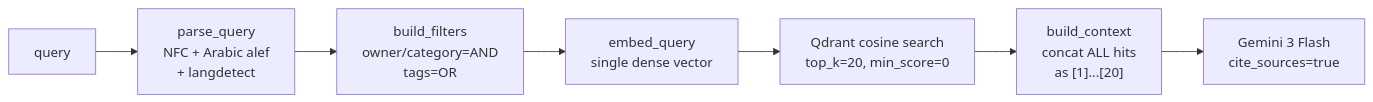
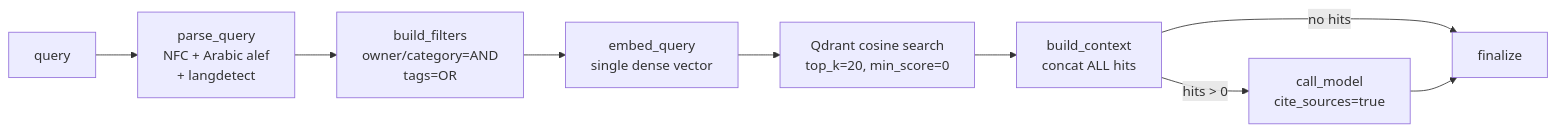
One commit to hiro-league/hiroleague changed the first of 2 diagrams in docs/rag-optimize.md. Above: the diagram before and after it, drawn with Mermaid. The commit also changed other lines of this file and 42 other files, not shown here.

````diff
--- a/docs/rag-optimize.md
+++ b/docs/rag-optimize.md
@@ -7,9 +41,11 @@
 ```mermaid
 flowchart LR
     Q[query] --> N[parse_query<br/>NFC + Arabic alef<br/>+ langdetect]
     N --> F[build_filters<br/>owner/category=AND<br/>tags=OR]
     F --> E[embed_query<br/>single dense vector]
     E --> V[Qdrant cosine search<br/>top_k=20, min_score=0]
-    V --> C[build_context<br/>concat ALL hits<br/>as #91;1#93;...#91;20#93;]
-    C --> M[Gemini 3 Flash<br/>cite_sources=true]
+    V --> C[build_context<br/>concat ALL hits]
+    C -->|hits > 0| M[call_model<br/>cite_sources=true]
+    C -->|no hits| Z[finalize]
+    M --> Z
 ```
````
